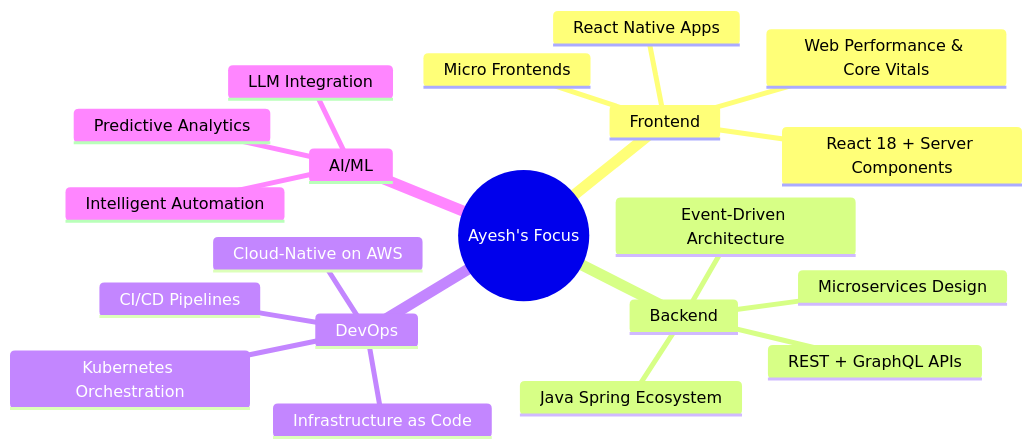
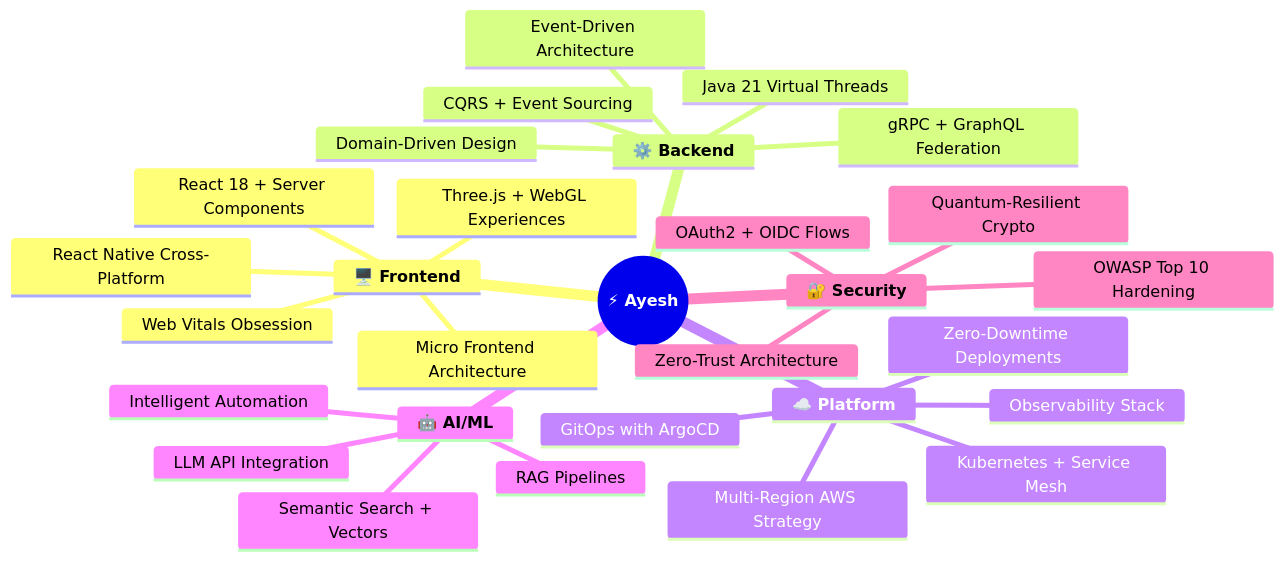
One commit to Ayesh2929/Ayesh2929 changed the diagram in README.md. Above: the diagram before and after it, drawn with Mermaid. The commit also changed other lines of this file, not shown here.

````diff
--- a/README.md
+++ b/README.md
@@ -231,23 +290,32 @@
 ```mermaid
 mindmap
-  root((Ayesh's Focus))
-    Frontend
+  root((**⚡ Ayesh**))
+    **🖥️ Frontend**
       React 18 + Server Components
-      Micro Frontends
-      Web Performance & Core Vitals
-      React Native Apps
-    Backend
-      Microservices Design
-      REST + GraphQL APIs
+      Micro Frontend Architecture
+      Web Vitals Obsession
+      React Native Cross-Platform
+      Three.js + WebGL Experiences
+    **⚙️ Backend**
+      Domain-Driven Design
       Event-Driven Architecture
-      Java Spring Ecosystem
-    DevOps
-      Kubernetes Orchestration
-      CI/CD Pipelines
-      Cloud-Native on AWS
-      Infrastructure as Code
-    AI/ML
-      LLM Integration
+      CQRS + Event Sourcing
+      gRPC + GraphQL Federation
+      Java 21 Virtual Threads
+    **☁️ Platform**
+      Kubernetes + Service Mesh
+      GitOps with ArgoCD
+      Observability Stack
+      Zero-Downtime Deployments
+      Multi-Region AWS Strategy
+    **🤖 AI/ML**
+      LLM API Integration
+      RAG Pipelines
       Intelligent Automation
-      Predictive Analytics
+      Semantic Search + Vectors
+    **🔐 Security**
+      Zero-Trust Architecture
+      Quantum-Resilient Crypto
+      OAuth2 + OIDC Flows
+      OWASP Top 10 Hardening
 ```
````
